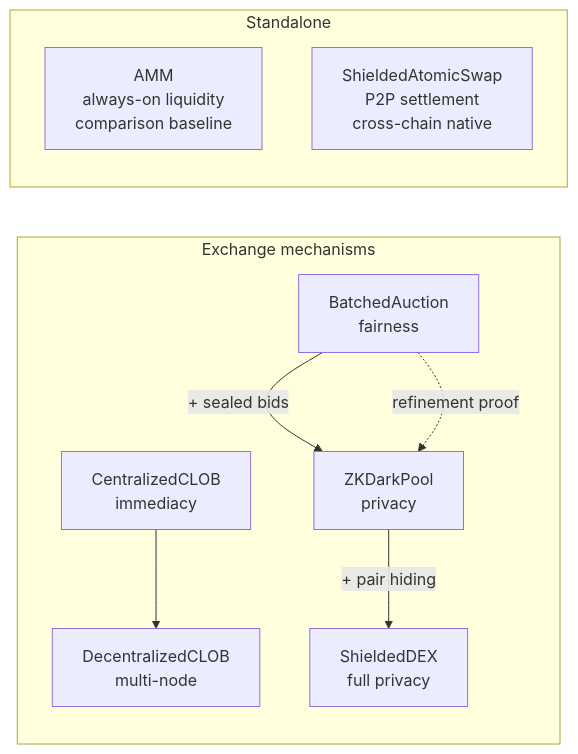
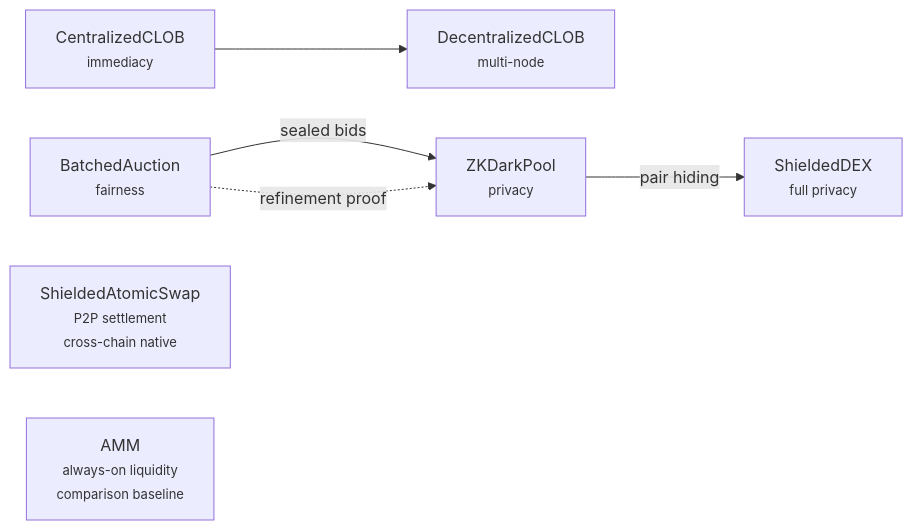
The diagram in book/src/introduction.md (oxarbitrage/formal-market-mechanisms), drawn with Mermaid before and after one commit. The commit also changed other lines of this file, not shown here.

````diff
--- a/book/src/introduction.md
+++ b/book/src/introduction.md
@@ -5,13 +6,9 @@
 ```mermaid
 graph LR
-    subgraph Exchange mechanisms
-        CLOB[CentralizedCLOB<br/>immediacy] --> DCLOB[DecentralizedCLOB<br/>multi-node]
-        BA[BatchedAuction<br/>fairness] -->|+ sealed bids| ZK[ZKDarkPool<br/>privacy]
-        ZK -->|+ pair hiding| SDEX[ShieldedDEX<br/>full privacy]
-        BA -.->|refinement proof| ZK
-    end
-    subgraph Standalone
-        AMM[AMM<br/>always-on liquidity<br/>comparison baseline]
-        SAS[ShieldedAtomicSwap<br/>P2P settlement<br/>cross-chain native]
-    end
+    CLOB[CentralizedCLOB<br/><font size = '-1'>immediacy</font>] --> DCLOB[DecentralizedCLOB<br/><font size = '-1'>multi-node</font>]
+    BA[BatchedAuction<br/><font size = '-1'>fairness</font>] -->|sealed bids| ZK[ZKDarkPool<br/><font size = '-1'>privacy</font>]
+    ZK -->|pair hiding| SDEX[ShieldedDEX<br/><font size = '-1'>full privacy</font>]
+    BA -.->|refinement proof| ZK
+    AS[ShieldedAtomicSwap<br/><font size = '-1'>P2P settlement<br/>cross-chain native</font>]
+    AMM[AMM<br/><font size = '-1'>always-on liquidity<br/>comparison baseline</font>]
 ```
````
